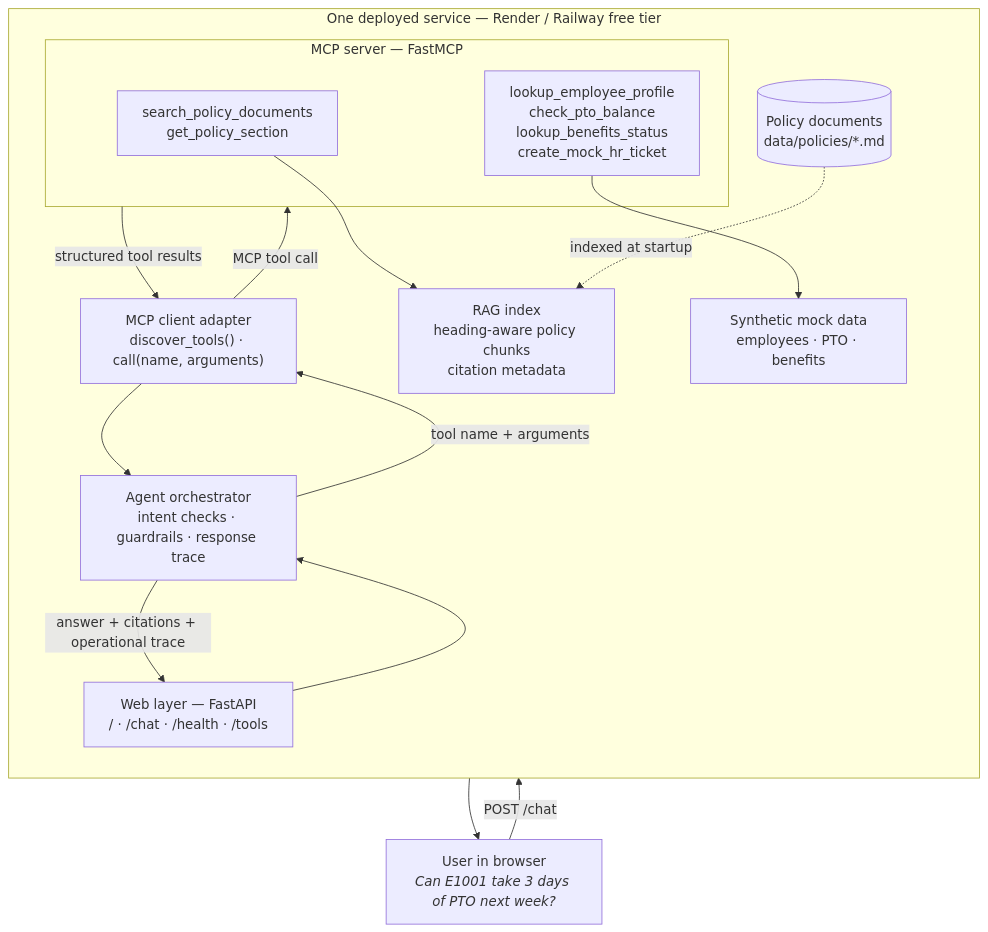
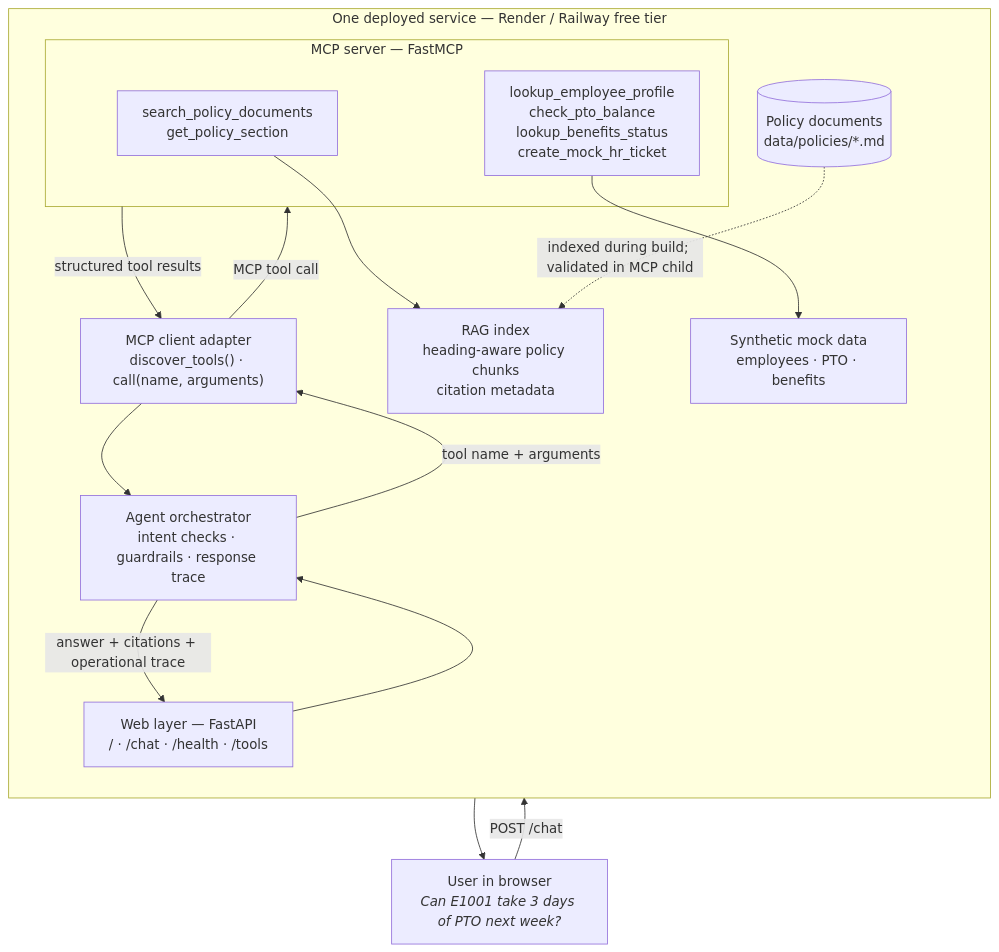
One commit to mehdihamid1/prj changed the first of 2 diagrams in design-and-evaluation.md. Above: the diagram before and after it, drawn with Mermaid. The commit also changed other lines of this file and 24 other files, not shown here.

````diff
--- a/design-and-evaluation.md
+++ b/design-and-evaluation.md
@@ -5,32 +5,32 @@
 ```mermaid
 flowchart TB
     user["User in browser<br/><i>Can E1001 take 3 days of PTO next week?</i>"]
 
     subgraph service["One deployed service — Render / Railway free tier"]
         direction TB
         web["Web layer — FastAPI<br/>/ · /chat · /health · /tools"]
         agent["Agent orchestrator<br/>intent checks · guardrails · response trace"]
         client["MCP client adapter<br/>discover_tools() · call(name, arguments)"]
 
         subgraph mcp["MCP server — FastMCP"]
             policyTool["search_policy_documents<br/>get_policy_section"]
             dataTool["lookup_employee_profile<br/>check_pto_balance<br/>lookup_benefits_status<br/>create_mock_hr_ticket"]
         end
 
         rag["RAG index<br/>heading-aware policy chunks<br/>citation metadata"]
         records["Synthetic mock data<br/>employees · PTO · benefits"]
         corpus[("Policy documents<br/>data/policies/*.md")]
     end
 
     user -->|"POST /chat"| web
     web --> agent
     agent -->|"tool name + arguments"| client
     client -->|"MCP tool call"| mcp
     policyTool --> rag
     dataTool --> records
-    corpus -. "indexed at startup" .-> rag
+    corpus -. "indexed during build; validated in MCP child" .-> rag
     mcp -->|"structured tool results"| client
     client --> agent
     agent -->|"answer + citations + operational trace"| web
     web --> user
 ```
````
